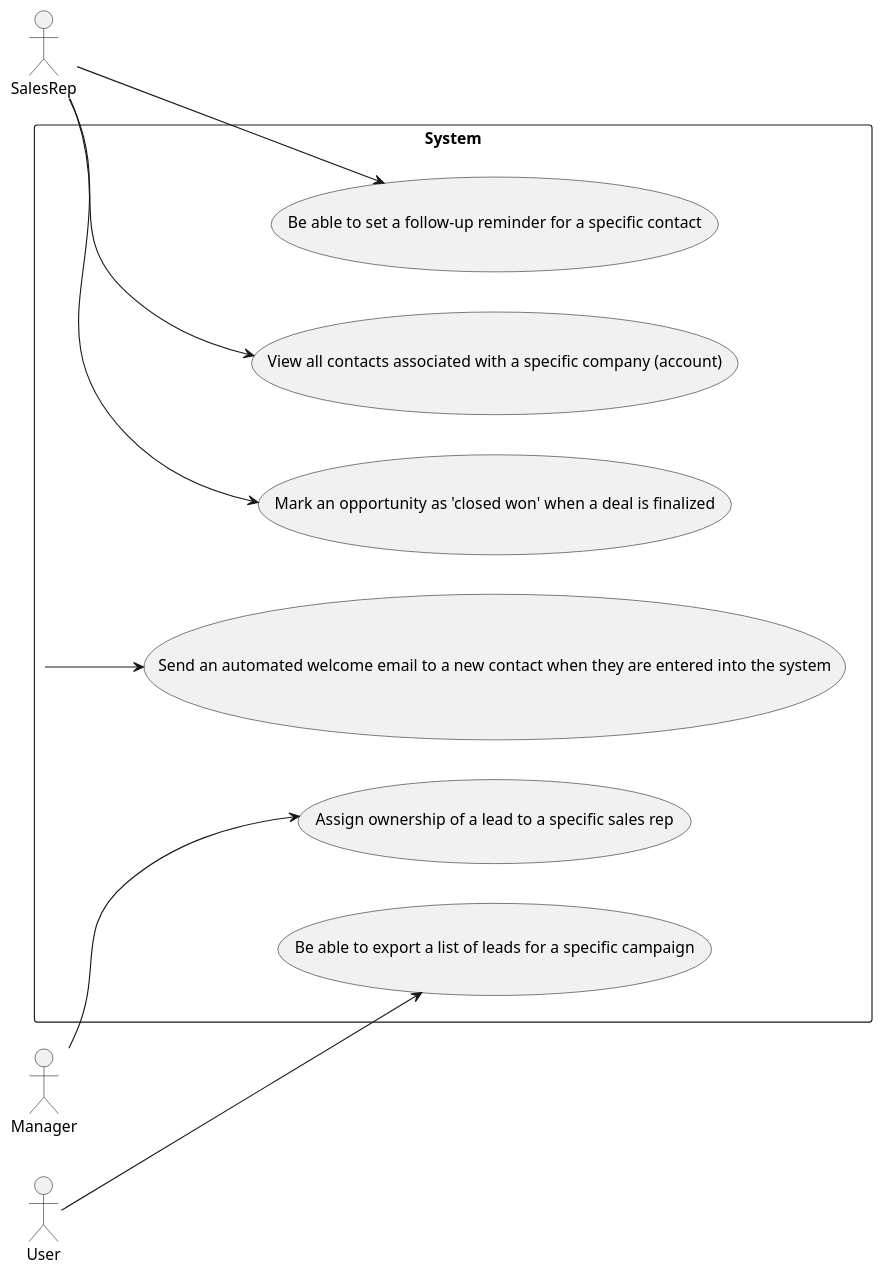
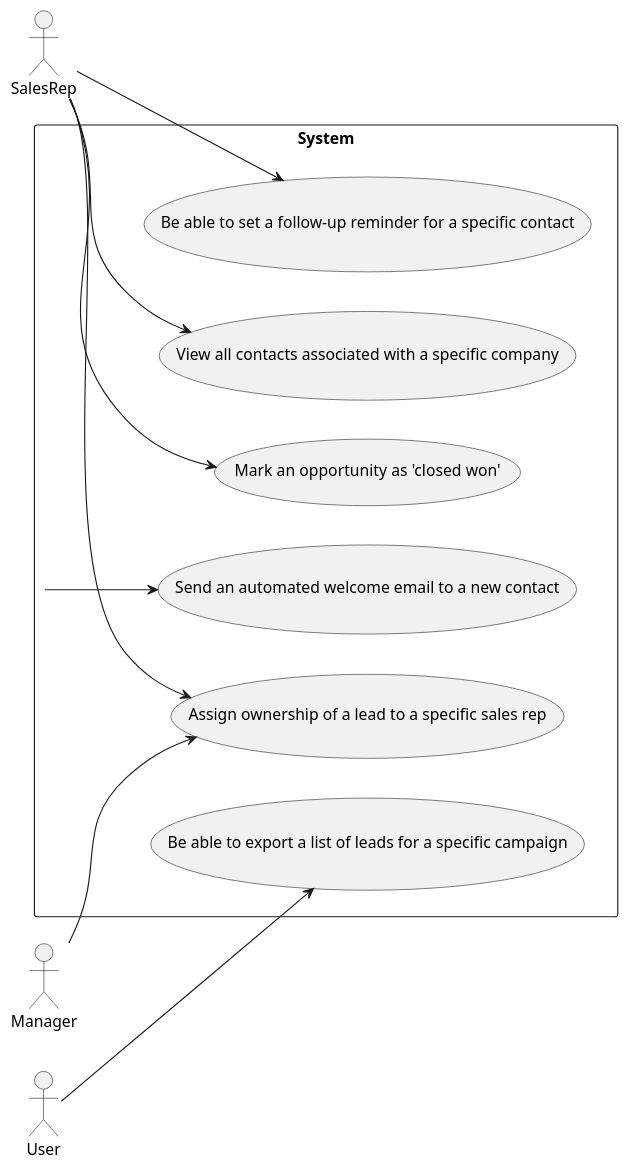
Before and after one commit to qamaruddin-qureshi/fyp-uml-diagram-generator: the diagram in user_stories/golden_puml/use_case/use_case_test_CRM_Advanced.puml, drawn with PlantUML. The commit also changed 6 other files, not shown here.

First line of the commit message:
fix: refined Use Case diagram extraction logic

```diff
--- a/user_stories/golden_puml/use_case/use_case_test_CRM_Advanced.puml
+++ b/user_stories/golden_puml/use_case/use_case_test_CRM_Advanced.puml
@@ -1,21 +1,22 @@
 @startuml
 left to right direction
 actor "SalesRep" as SalesRep
 actor "Manager" as Manager
 actor "System" as System
 actor "User" as User
 rectangle System {
 usecase "Be able to set a follow-up reminder for a specific contact" as Beabletosetafollowupreminderforaspecificcontact
-usecase "View all contacts associated with a specific company (account)" as Viewallcontactsassociatedwithaspecificcompanyaccount
+usecase "View all contacts associated with a specific company" as Viewallcontactsassociatedwithaspecificcompany
 usecase "Assign ownership of a lead to a specific sales rep" as Assignownershipofaleadtoaspecificsalesrep
-usecase "Send an automated welcome email to a new contact when they are entered into the system" as Sendanautomatedwelcomeemailtoanewcontactwhentheyareenteredintothesystem
-usecase "Mark an opportunity as 'closed won' when a deal is finalized" as Markanopportunityasclosedwonwhenadealisfinalized
+usecase "Send an automated welcome email to a new contact" as Sendanautomatedwelcomeemailtoanewcontact
+usecase "Mark an opportunity as 'closed won'" as Markanopportunityasclosedwon
 usecase "Be able to export a list of leads for a specific campaign" as Beabletoexportalistofleadsforaspecificcampaign
 }
 SalesRep --> Beabletosetafollowupreminderforaspecificcontact
-SalesRep --> Viewallcontactsassociatedwithaspecificcompanyaccount
+SalesRep --> Viewallcontactsassociatedwithaspecificcompany
 Manager --> Assignownershipofaleadtoaspecificsalesrep
-System --> Sendanautomatedwelcomeemailtoanewcontactwhentheyareenteredintothesystem
-SalesRep --> Markanopportunityasclosedwonwhenadealisfinalized
+SalesRep --> Assignownershipofaleadtoaspecificsalesrep
+System --> Sendanautomatedwelcomeemailtoanewcontact
+SalesRep --> Markanopportunityasclosedwon
 User --> Beabletoexportalistofleadsforaspecificcampaign
 @enduml
```
